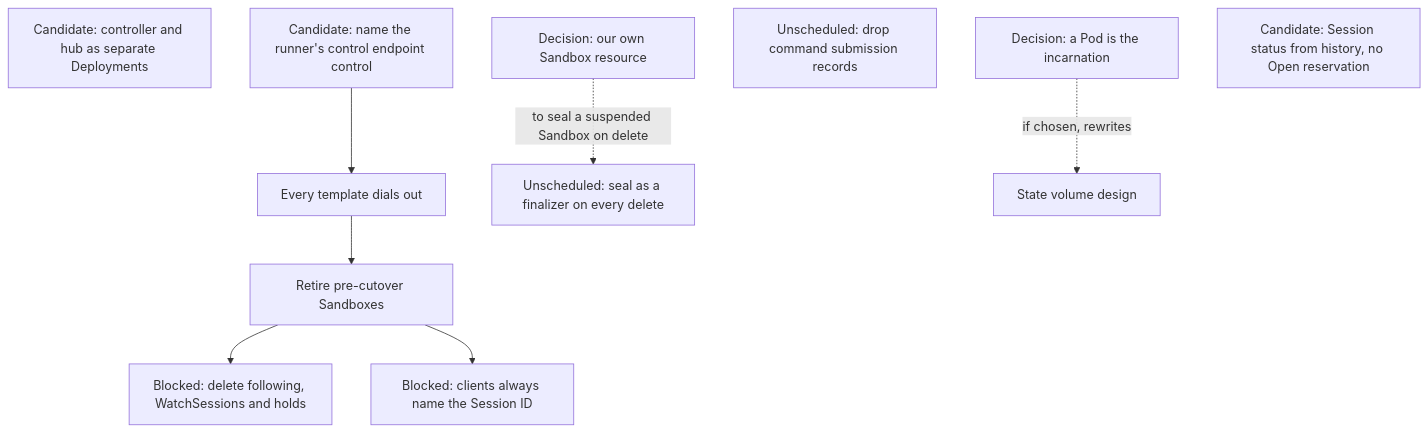
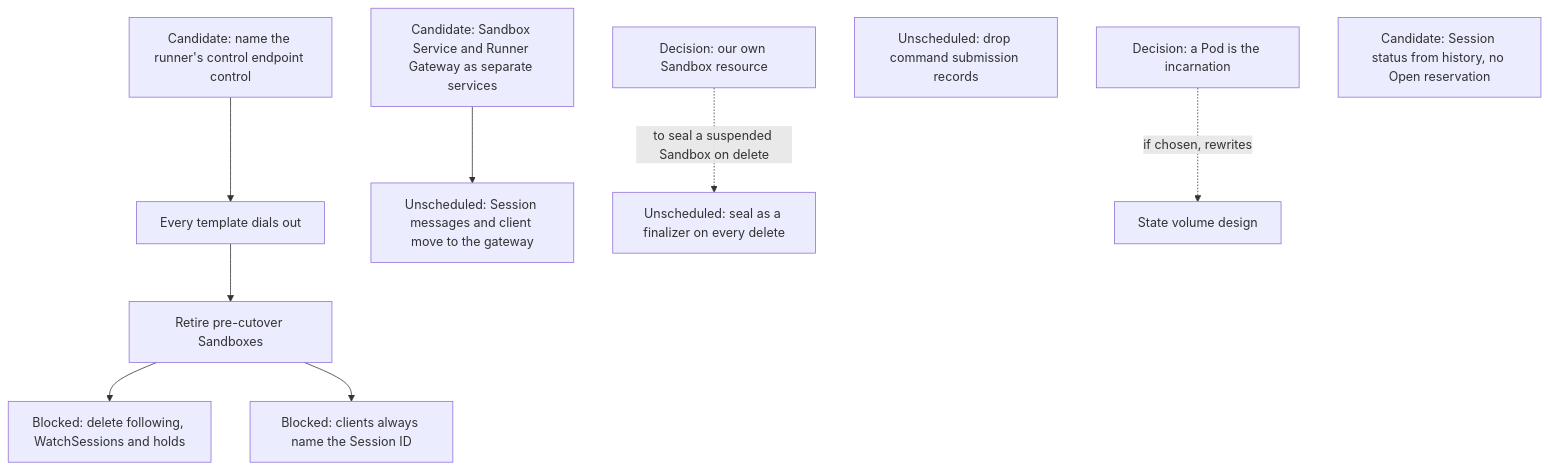
One commit to agentydragon-agent/ducktape changed diagram 12 of 12 in agentplane/plans/task_dag.md. Above: the diagram before and after it, drawn with Mermaid. The commit also changed other lines of this file and 129 other files, not shown here.

````diff
--- a/agentplane/plans/task_dag.md
+++ b/agentplane/plans/task_dag.md
@@ -910,20 +910,21 @@
 ```mermaid
 flowchart TD
     RUNNER_OUTBOUND_ROLLOUT[Every template dials out]
     LEGACY_SANDBOX_RETIRE[Retire pre-cutover Sandboxes]
     FOLLOW_PATH_RETIRE[Blocked: delete following, WatchSessions and holds]
-    SANDBOX_SERVICE_DEPLOYMENT_SPLIT[Candidate: controller and hub as separate Deployments]
+    SANDBOX_SERVICE_DEPLOYMENT_SPLIT[Candidate: Sandbox Service and Runner Gateway as separate services]
+    SANDBOX_SERVICE_DEPLOYMENT_SPLIT --> GATEWAY_CLIENT_SPLIT[Unscheduled: Session messages and client move to the gateway]
     AGENTPLANE_SANDBOX_RESOURCE[Decision: our own Sandbox resource]
     POD_INCARNATION[Decision: a Pod is the incarnation]
     SEAL_FINALIZER[Unscheduled: seal as a finalizer on every delete]
     COMMAND_RECORDS_RETIRE[Unscheduled: drop command submission records]
     RUNNER_CONTROL_RENAME[Candidate: name the runner's control endpoint control]
     RUNNER_CONTROL_RENAME --> RUNNER_OUTBOUND_ROLLOUT
     SESSION_ID_MINT_RETIRE[Blocked: clients always name the Session ID]
     LOOKUP_SESSION_RETIRE[Candidate: Session status from history, no Open reservation]
     RUNNER_OUTBOUND_ROLLOUT --> LEGACY_SANDBOX_RETIRE
     LEGACY_SANDBOX_RETIRE --> FOLLOW_PATH_RETIRE
     AGENTPLANE_SANDBOX_RESOURCE -. to seal a suspended Sandbox on delete .-> SEAL_FINALIZER
     POD_INCARNATION -. if chosen, rewrites .-> SESSION_STATE_VOLUME_DESIGN[State volume design]
     LEGACY_SANDBOX_RETIRE --> SESSION_ID_MINT_RETIRE
 ```
````
